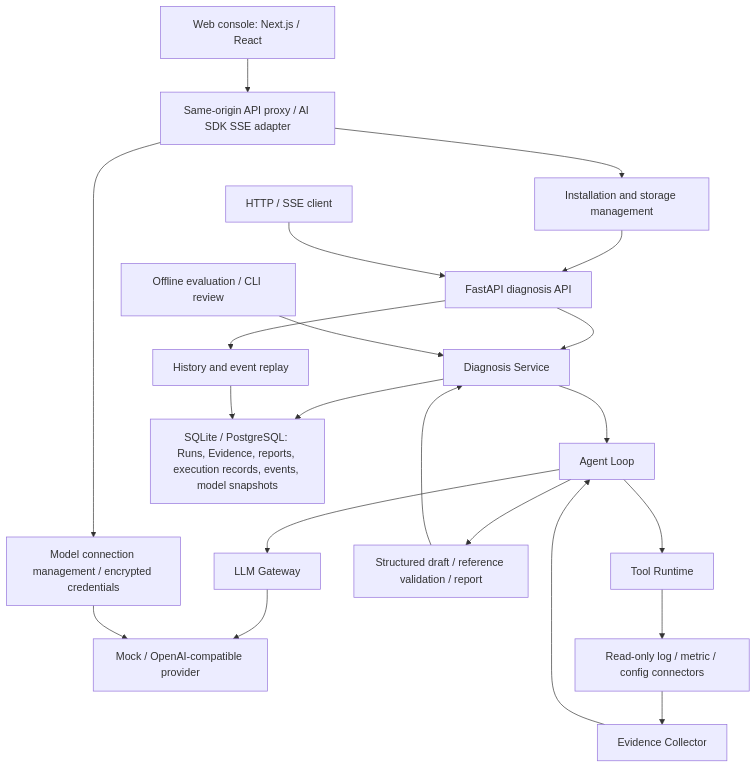
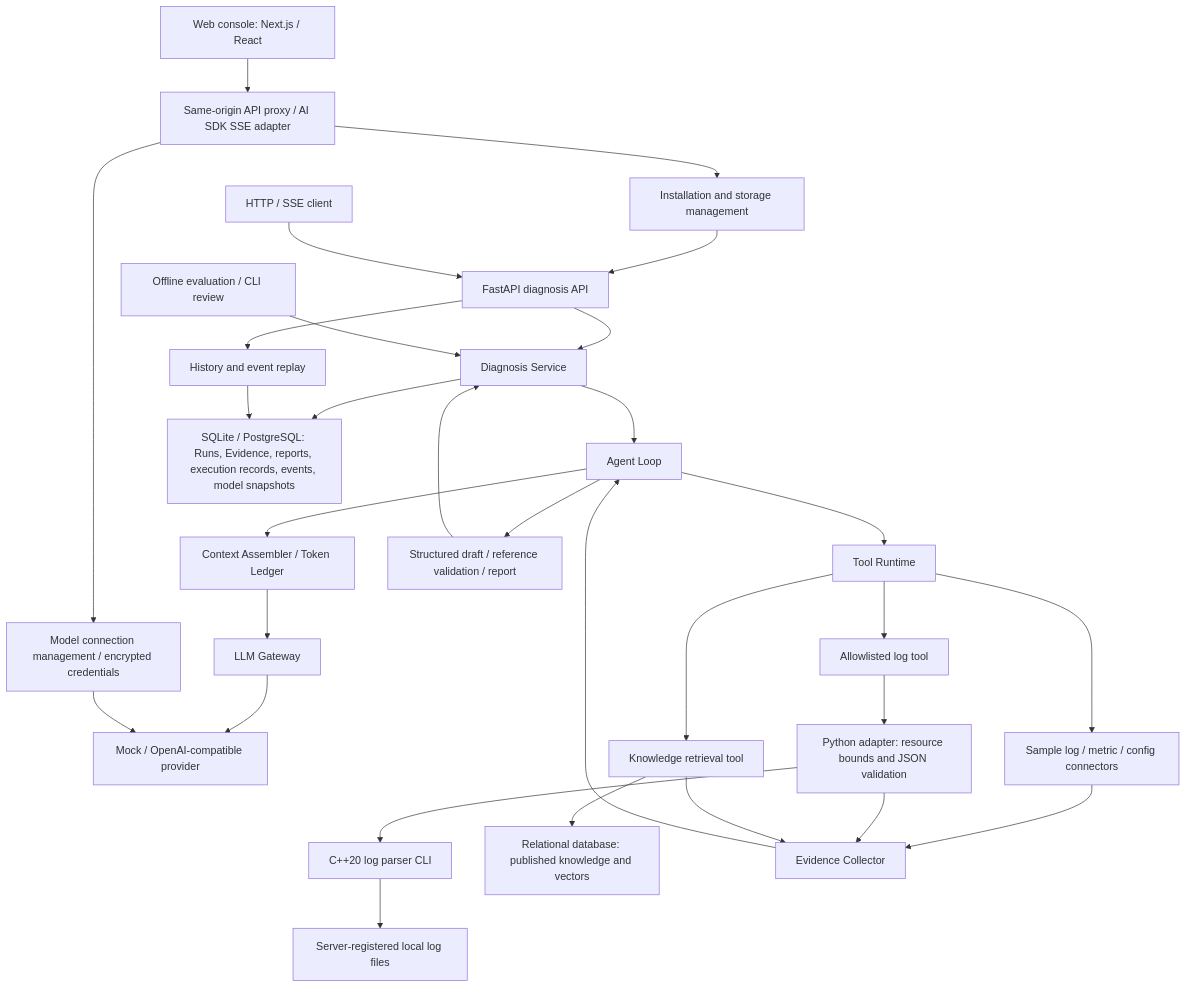
Before and after one commit to Rrrayy/EvidenceOps: the diagram in README.md, drawn with Mermaid. The commit also changed other lines of this file and 1 other file, not shown here.

````diff
--- a/README.md
+++ b/README.md
@@ -133,23 +135,32 @@
 ```mermaid
 flowchart TD
     Browser["Web console: Next.js / React"] --> Proxy["Same-origin API proxy / AI SDK SSE adapter"]
     Proxy --> Install["Installation and storage management"]
     Install --> API["FastAPI diagnosis API"]
     Client["HTTP / SSE client"] --> API
     API --> Service["Diagnosis Service"]
     Service --> Loop["Agent Loop"]
-    Loop --> Gateway["LLM Gateway"]
+    Loop --> Context["Context Assembler / Token Ledger"]
+    Context --> Gateway["LLM Gateway"]
     Gateway --> Provider["Mock / OpenAI-compatible provider"]
     Loop --> Runtime["Tool Runtime"]
-    Runtime --> Sources["Read-only log / metric / config connectors"]
-    Sources --> Evidence["Evidence Collector"]
+    Runtime --> Samples["Sample log / metric / config connectors"]
+    Runtime --> Parsed["Allowlisted log tool"]
+    Parsed --> Adapter["Python adapter: resource bounds and JSON validation"]
+    Adapter --> CLI["C++20 log parser CLI"]
+    CLI --> Files["Server-registered local log files"]
+    Runtime --> Knowledge["Knowledge retrieval tool"]
+    Knowledge --> Corpus["Relational database: published knowledge and vectors"]
+    Samples --> Evidence["Evidence Collector"]
+    Adapter --> Evidence
+    Knowledge --> Evidence
     Evidence --> Loop
     Loop --> Report["Structured draft / reference validation / report"]
     Report --> Service
     Service --> Store["SQLite / PostgreSQL: Runs, Evidence, reports, execution records, events, model snapshots"]
     API --> History["History and event replay"]
     History --> Store
     Proxy --> Connections["Model connection management / encrypted credentials"]
     Connections --> Provider
     Eval["Offline evaluation / CLI review"] --> Service
 ```
````
